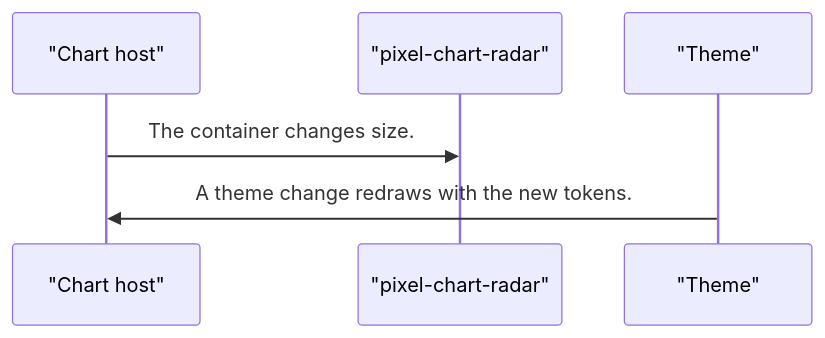
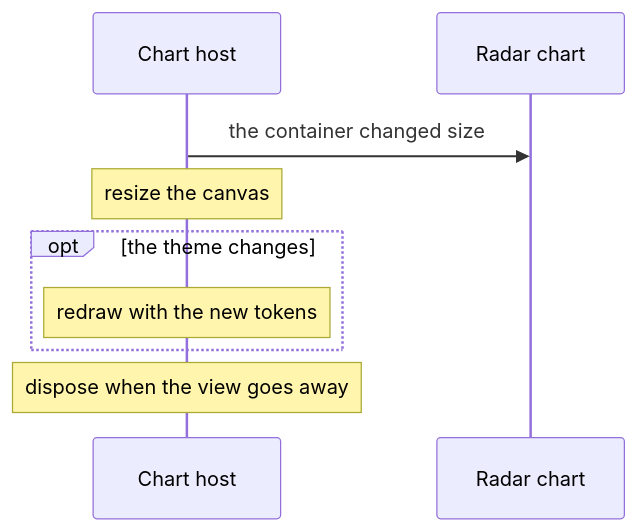
One commit to RajshekharBorate/pixel-ui changed the fourth of 4 diagrams in projects/pixel-ui/src/lib/pixel-chart-radar/DESIGN.md. Above: the diagram before and after it, drawn with Mermaid. The commit also changed other lines of this file and 73 other files, not shown here.

Commit message:
Explain who owns each value and what each flow does in every component and service design.

````diff
--- a/projects/pixel-ui/src/lib/pixel-chart-radar/DESIGN.md
+++ b/projects/pixel-ui/src/lib/pixel-chart-radar/DESIGN.md
@@ -74,8 +99,11 @@
 ```mermaid
 sequenceDiagram
-  participant host as "Chart host"
-  participant plot as "pixel-chart-radar"
-  participant theme as "Theme"
-  host->>plot: The container changes size.
-  theme->>host: A theme change redraws with the new tokens.
+  participant Host as Chart host
+  participant Plot as Radar chart
+  Host->>Plot: the container changed size
+  Note over Host: resize the canvas
+  opt the theme changes
+    Note over Host: redraw with the new tokens
+  end
+  Note over Host: dispose when the view goes away
 ```
````
